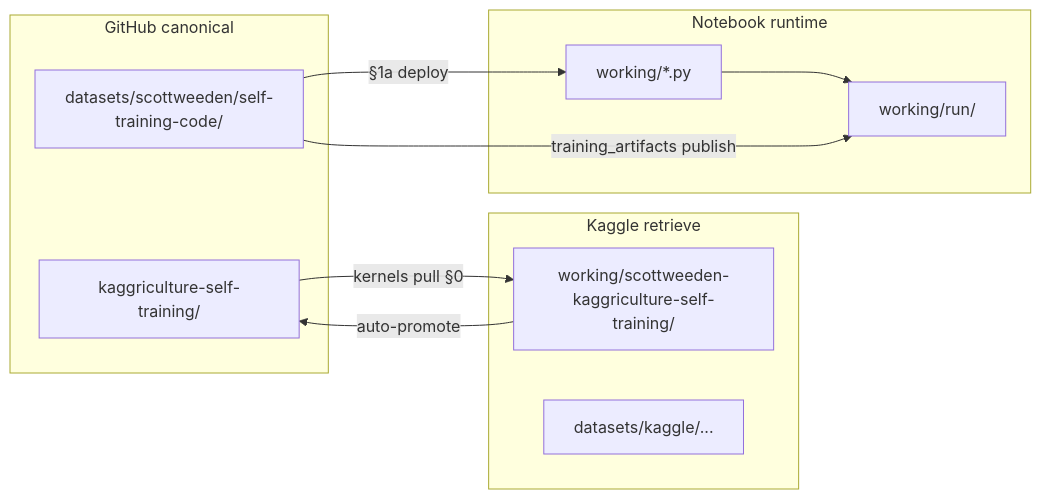
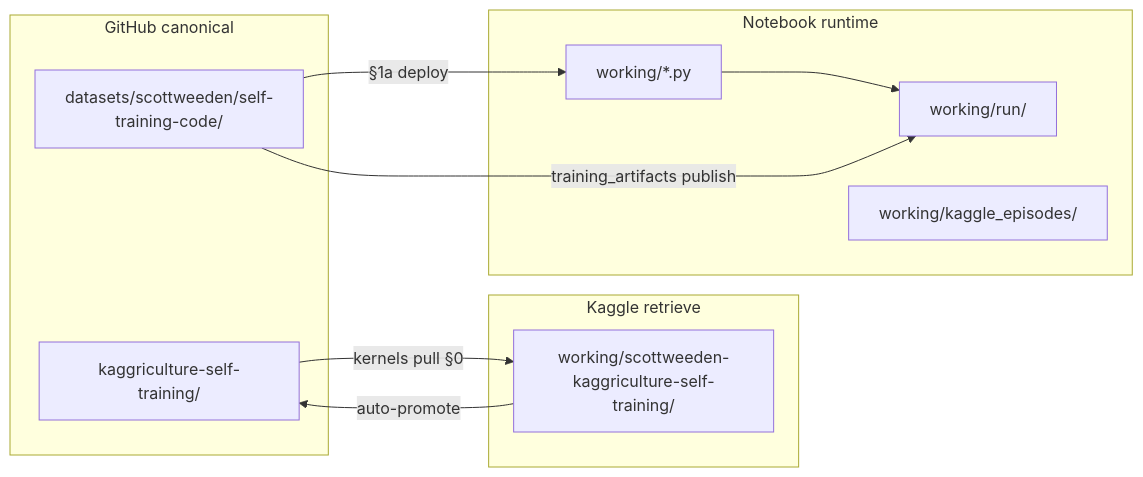
Before and after one commit to sweeden-ttu/kagg: the diagram in README.md, drawn with Mermaid. The commit also changed other lines of this file and 2 other files, not shown here.

First line of the commit message:
Stop mirroring official episode datasets under datasets/kaggle.

````diff
--- a/README.md
+++ b/README.md
@@ -142,20 +142,20 @@
 ```mermaid
 flowchart LR
   subgraph github [GitHub canonical]
     KT[kaggriculture-self-training/]
     CODE[datasets/scottweeden/self-training-code/]
   end
   subgraph kaggle [Kaggle retrieve]
     KP["working/scottweeden-kaggriculture-self-training/"]
-    DS[datasets/kaggle/...]
   end
   subgraph runtime [Notebook runtime]
     WK[working/*.py]
     RUN[working/run/]
+    EP[working/kaggle_episodes/]
   end
   KT -->|"kernels pull §0"| KP
   KP -->|"auto-promote"| KT
   CODE -->|"§1a deploy"| WK
   WK --> RUN
   CODE -->|"training_artifacts publish"| RUN
 ```
````
